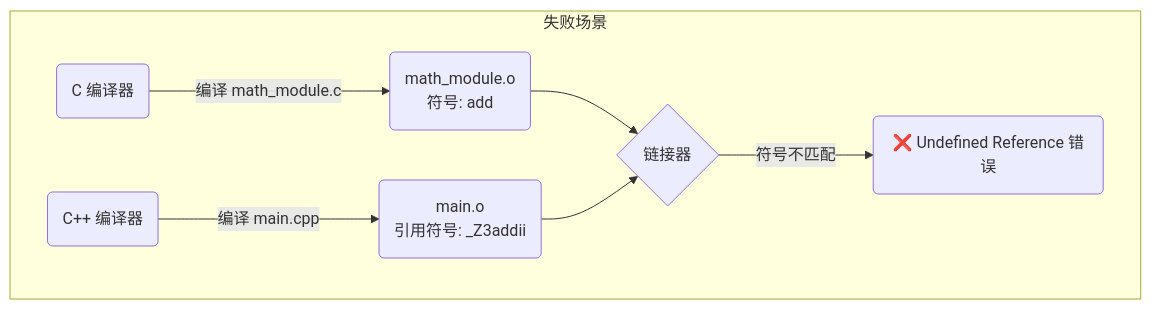
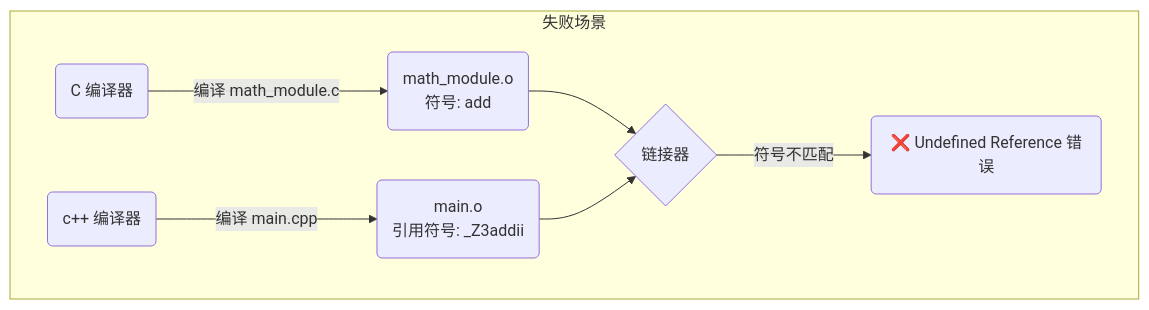
Before and after one commit to dmjcb/dmjcb.github.io: the second of 2 diagrams in _posts/c_c++/c++/2024-11-07-name mangling.md, drawn with Mermaid. The commit also changed other lines of this file and 19 other files, not shown here.

````diff
--- a/_posts/c_c++/c++/2024-11-07-name mangling.md
+++ b/_posts/c_c++/c++/2024-11-07-name mangling.md
@@ -277,10 +277,10 @@
 ```mermaid
 graph TD
     subgraph 失败场景
         A1(C 编译器) -->|编译 math_module.c| O1(math_module.o<br>符号: add)
-        A2(C++ 编译器) -->|编译 main.cpp| O2(main.o<br>引用符号: _Z3addii)
+        A2(c++ 编译器) -->|编译 main.cpp| O2(main.o<br>引用符号: _Z3addii)
         O1 --> L1{链接器}
         O2 --> L1
         L1 -->|符号不匹配| E1(❌ Undefined Reference 错误)
     end
 ```
````
